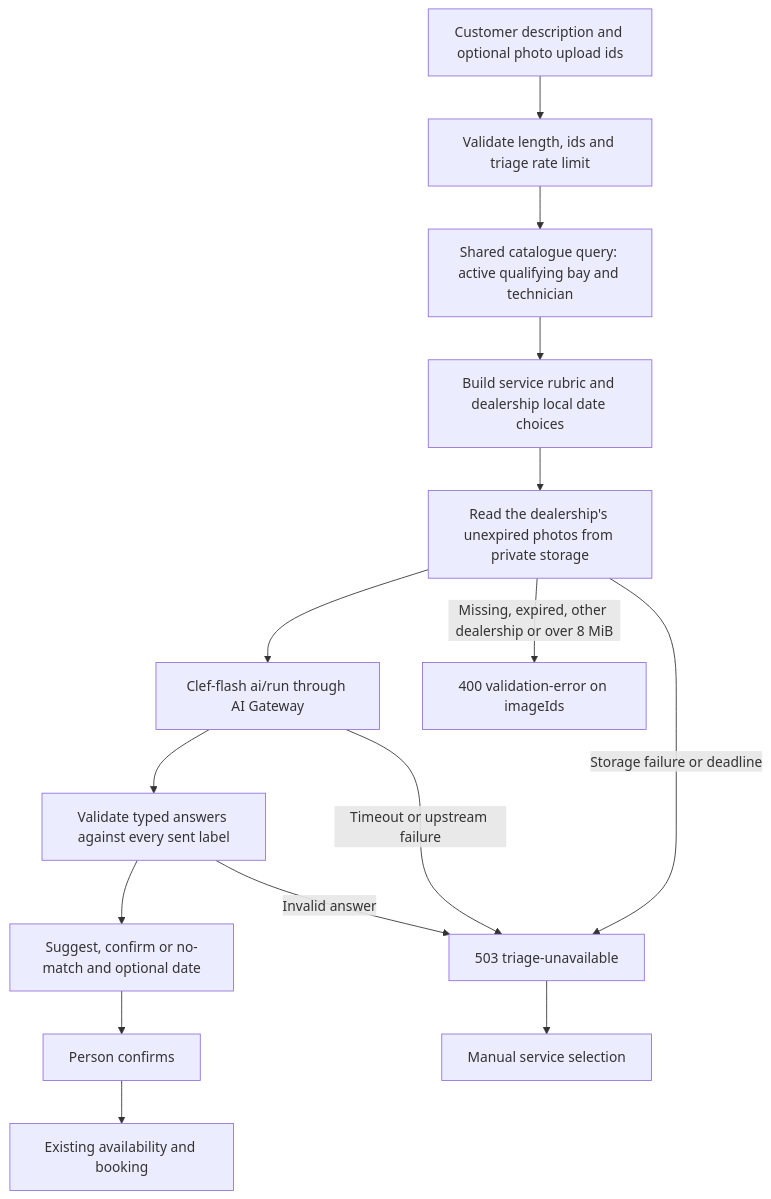
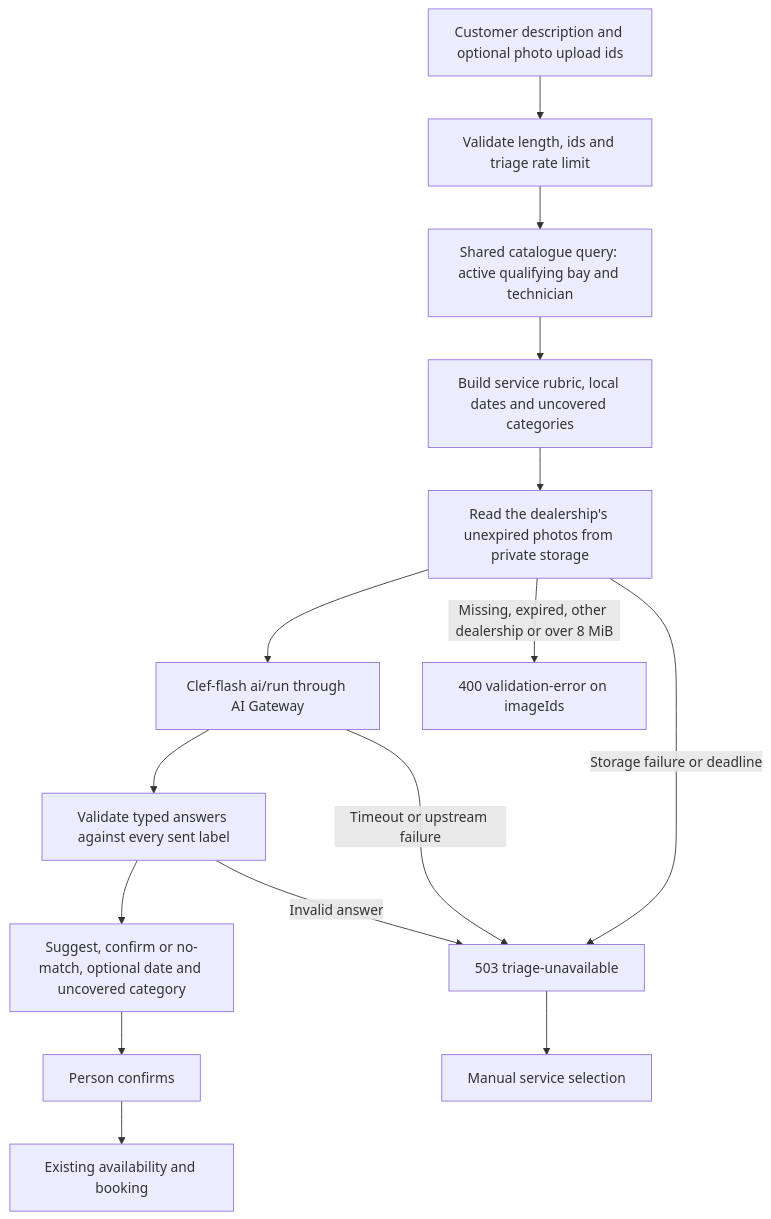
Before and after one commit to kylesmile1103/keyloop-service-scheduler: diagram 12 of 14 in docs/ARCHITECTURE.md, drawn with Mermaid. The commit also changed other lines of this file and 25 other files, not shown here.

````diff
--- a/docs/ARCHITECTURE.md
+++ b/docs/ARCHITECTURE.md
@@ -1078,17 +1078,17 @@
 ```mermaid
 flowchart TD
     A[Customer description and optional photo upload ids] --> B[Validate length, ids and triage rate limit]
     B --> C[Shared catalogue query: active qualifying bay and technician]
-    C --> D[Build service rubric and dealership local date choices]
+    C --> D[Build service rubric, local dates and uncovered categories]
     D --> P[Read the dealership's unexpired photos from private storage]
     P --> E[Clef-flash ai/run through AI Gateway]
     E --> F[Validate typed answers against every sent label]
-    F --> G[Suggest, confirm or no-match and optional date]
+    F --> G[Suggest, confirm or no-match, optional date and uncovered category]
     G --> H[Person confirms]
     H --> I[Existing availability and booking]
     P -->|Missing, expired, other dealership or over 8 MiB| V[400 validation-error on imageIds]
     P -->|Storage failure or deadline| J[503 triage-unavailable]
     E -->|Timeout or upstream failure| J
     F -->|Invalid answer| J
     J --> K[Manual service selection]
 ```
````
